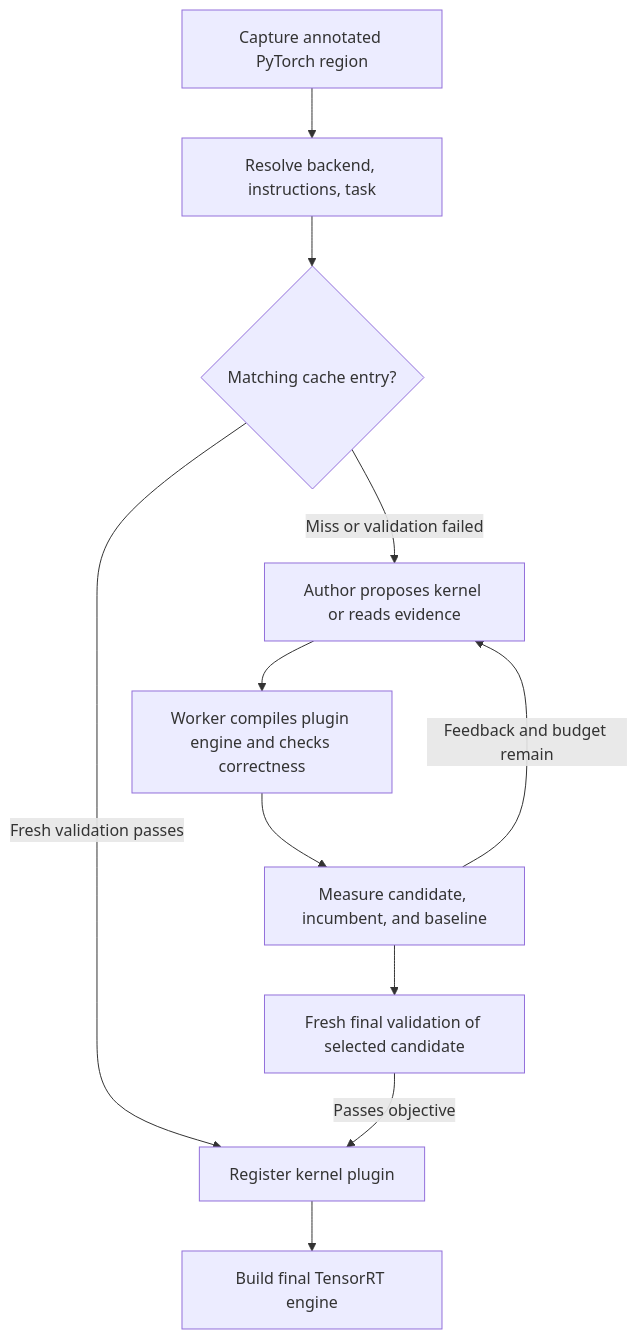
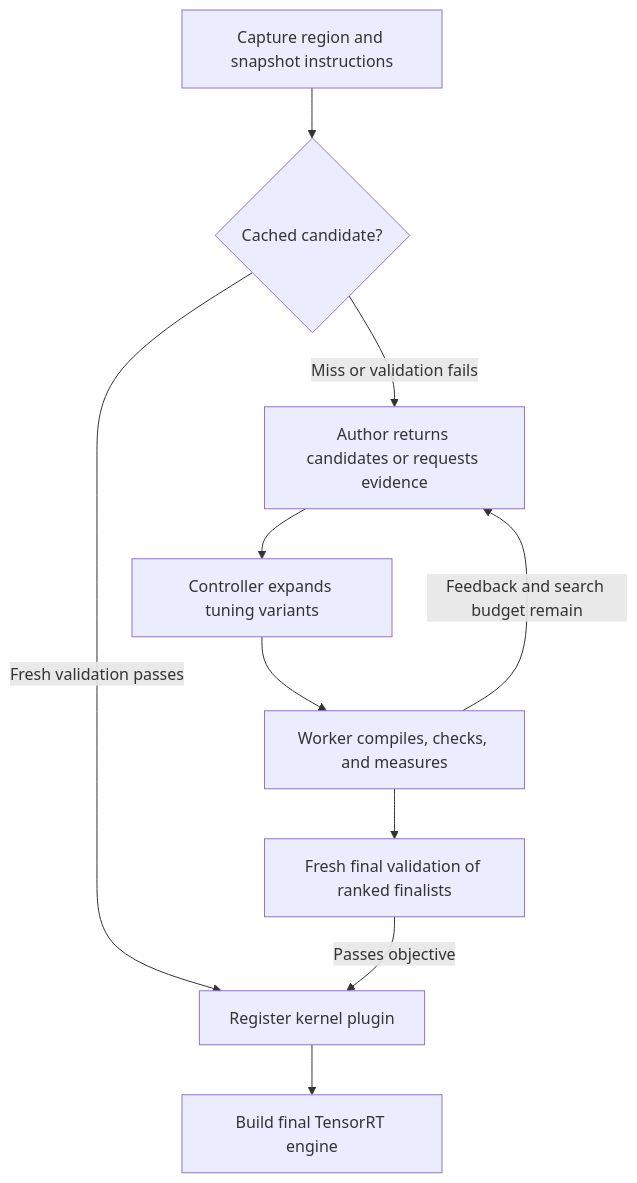
Before and after one commit to pytorch/TensorRT: the diagram in Agentic region kernel generation.md, drawn with Mermaid. The commit also changed other lines of this file and 9 other files, not shown here.

Commit message:
fix: reuse compiled region kernels and preserve replay instructions

````diff
--- a/Agentic region kernel generation.md
+++ b/Agentic region kernel generation.md
@@ -80,13 +46,12 @@
 ```mermaid
 flowchart TD
-    A[Capture annotated PyTorch region] --> B[Resolve backend, instructions, task]
-    B --> C{Matching cache entry?}
-    C -->|Miss or validation failed| D[Author proposes kernel or reads evidence]
-    D --> E[Worker compiles plugin engine and checks correctness]
-    E --> F[Measure candidate, incumbent, and baseline]
-    F -->|Feedback and budget remain| D
-    F --> G[Fresh final validation of selected candidate]
-    C -->|Fresh validation passes| H[Register kernel plugin]
-    G -->|Passes objective| H
-    H --> I[Build final TensorRT engine]
+    A[Capture region and snapshot instructions] --> B{Cached candidate?}
+    B -->|Fresh validation passes| G[Register kernel plugin]
+    B -->|Miss or validation fails| C[Author returns candidates or requests evidence]
+    C --> D[Controller expands tuning variants]
+    D --> E[Worker compiles, checks, and measures]
+    E -->|Feedback and search budget remain| C
+    E --> F[Fresh final validation of ranked finalists]
+    F -->|Passes objective| G
+    G --> H[Build final TensorRT engine]
 ```
````
